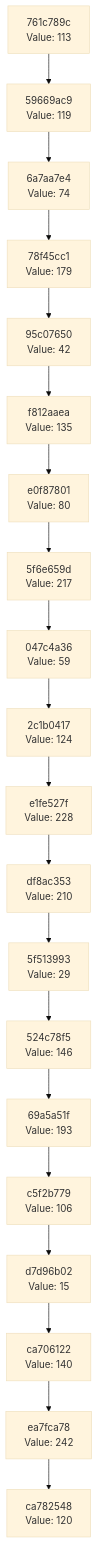
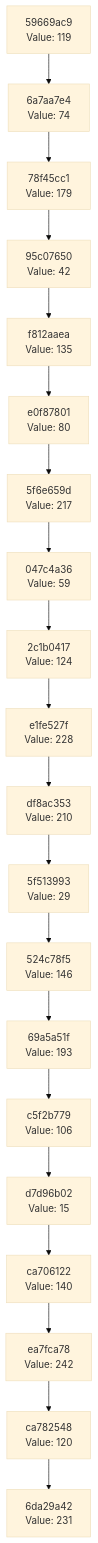
The diagram in docs/CHAIN_VISUALIZATION.md (Abhisheksinha1506/hash-chain-evolver), drawn with Mermaid (base theme) before and after one commit. The commit also changed 3 other files, not shown here.

````diff
--- a/docs/CHAIN_VISUALIZATION.md
+++ b/docs/CHAIN_VISUALIZATION.md
@@ -3,42 +3,42 @@
 ```mermaid
 graph TD
-    C0["ca782548<br/>Value: 120"]
-    C1["ea7fca78<br/>Value: 242"]
+    C0["6da29a42<br/>Value: 231"]
+    C1["ca782548<br/>Value: 120"]
     C1 --> C0
-    C2["ca706122<br/>Value: 140"]
+    C2["ea7fca78<br/>Value: 242"]
     C2 --> C1
-    C3["d7d96b02<br/>Value: 15"]
+    C3["ca706122<br/>Value: 140"]
     C3 --> C2
-    C4["c5f2b779<br/>Value: 106"]
+    C4["d7d96b02<br/>Value: 15"]
     C4 --> C3
-    C5["69a5a51f<br/>Value: 193"]
+    C5["c5f2b779<br/>Value: 106"]
     C5 --> C4
-    C6["524c78f5<br/>Value: 146"]
+    C6["69a5a51f<br/>Value: 193"]
     C6 --> C5
-    C7["5f513993<br/>Value: 29"]
+    C7["524c78f5<br/>Value: 146"]
     C7 --> C6
-    C8["df8ac353<br/>Value: 210"]
+    C8["5f513993<br/>Value: 29"]
     C8 --> C7
-    C9["e1fe527f<br/>Value: 228"]
+    C9["df8ac353<br/>Value: 210"]
     C9 --> C8
-    C10["2c1b0417<br/>Value: 124"]
+    C10["e1fe527f<br/>Value: 228"]
     C10 --> C9
-    C11["047c4a36<br/>Value: 59"]
+    C11["2c1b0417<br/>Value: 124"]
     C11 --> C10
-    C12["5f6e659d<br/>Value: 217"]
+    C12["047c4a36<br/>Value: 59"]
     C12 --> C11
-    C13["e0f87801<br/>Value: 80"]
+    C13["5f6e659d<br/>Value: 217"]
     C13 --> C12
-    C14["f812aaea<br/>Value: 135"]
+    C14["e0f87801<br/>Value: 80"]
     C14 --> C13
-    C15["95c07650<br/>Value: 42"]
+    C15["f812aaea<br/>Value: 135"]
     C15 --> C14
-    C16["78f45cc1<br/>Value: 179"]
+    C16["95c07650<br/>Value: 42"]
     C16 --> C15
-    C17["6a7aa7e4<br/>Value: 74"]
+    C17["78f45cc1<br/>Value: 179"]
     C17 --> C16
-    C18["59669ac9<br/>Value: 119"]
+    C18["6a7aa7e4<br/>Value: 74"]
     C18 --> C17
-    C19["761c789c<br/>Value: 113"]
+    C19["59669ac9<br/>Value: 119"]
     C19 --> C18
 ```
````
